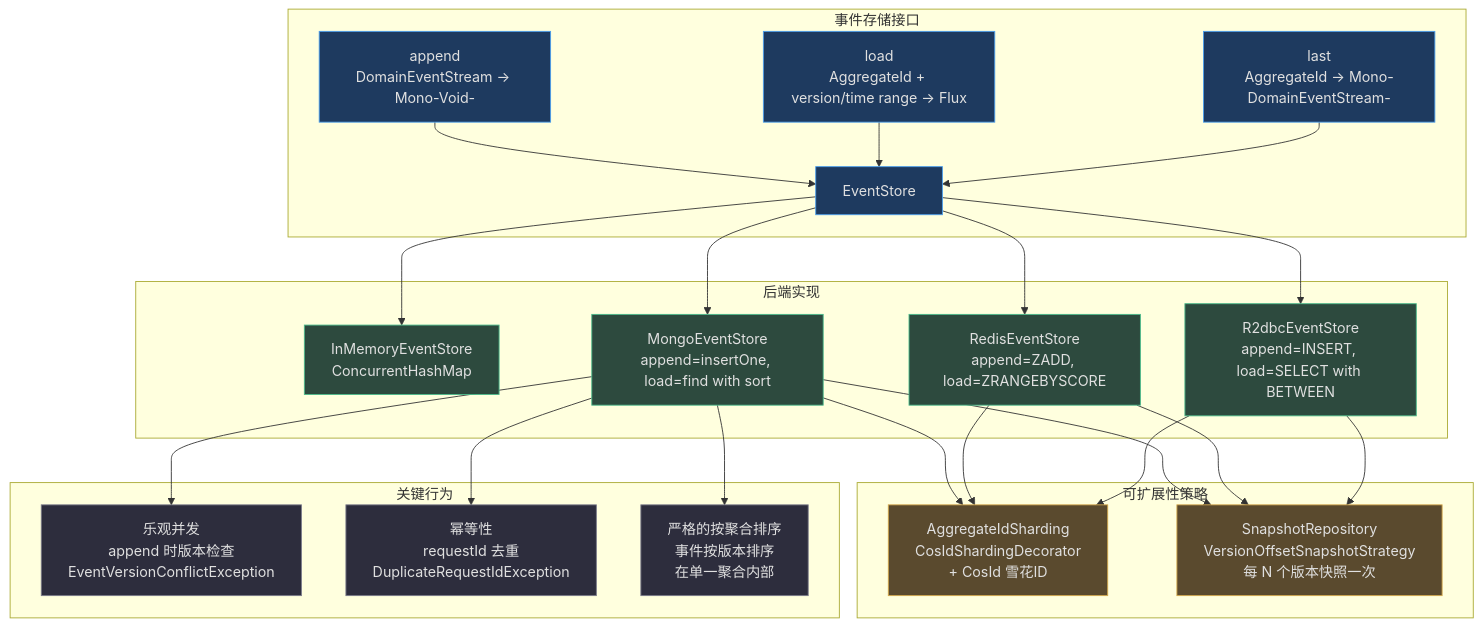
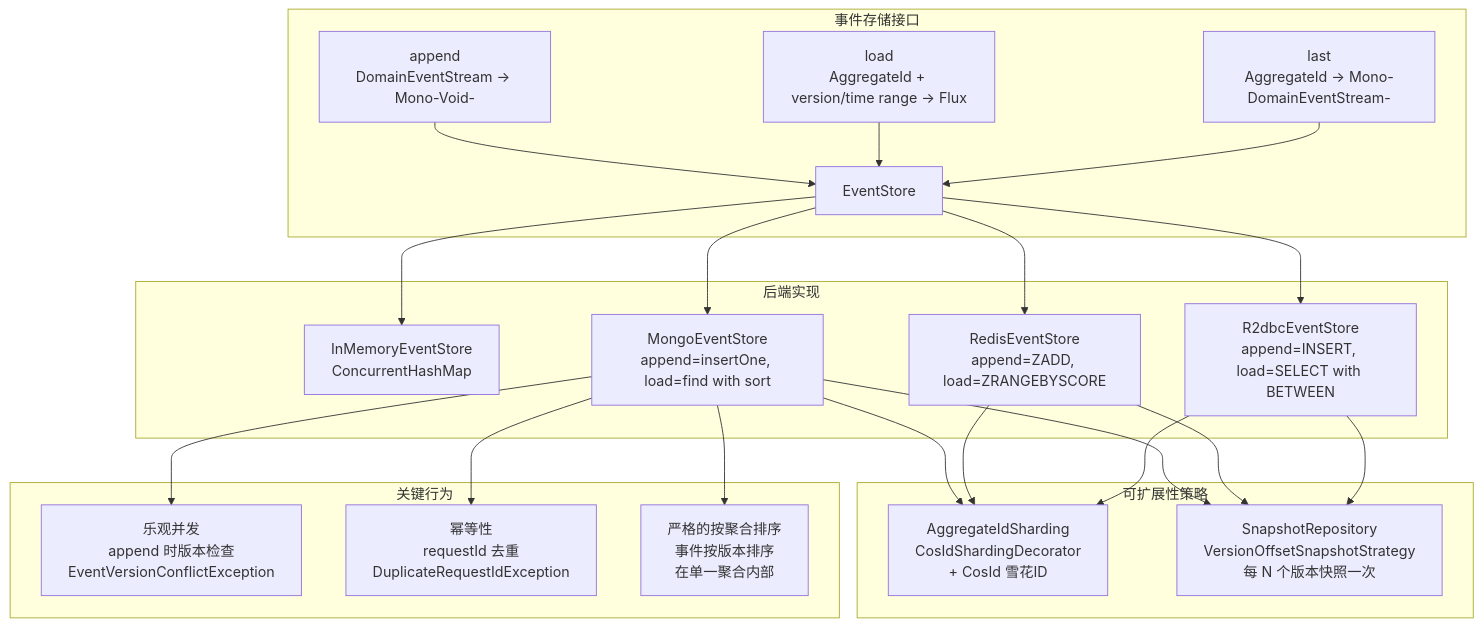
The fourth of 4 diagrams in documentation/docs/zh/onboarding/staff-engineer-guide.md (Ahoo-Wang/Wow), drawn with Mermaid before and after one commit. The commit also changed other lines of this file and 32 other files, not shown here.

Commit message:
docs: remove unsupported style/classDef directives from stateDiagram-v2 Mermaid blocks

````diff
--- a/documentation/docs/zh/onboarding/staff-engineer-guide.md
+++ b/documentation/docs/zh/onboarding/staff-engineer-guide.md
@@ -538,58 +487,45 @@
 ```mermaid
 flowchart TB
     subgraph "事件存储接口"
         ESI[EventStore]
         API_A[append<br>DomainEventStream -> Mono-Void-]
         API_L[load<br>AggregateId + version/time range -> Flux]
         API_S[last<br>AggregateId -> Mono-DomainEventStream-]
     end
 
     subgraph "后端实现"
         IM[InMemoryEventStore<br>ConcurrentHashMap]
         MONGO_ES[MongoEventStore<br>append=insertOne, load=find with sort]
         REDIS_ES[RedisEventStore<br>append=ZADD, load=ZRANGEBYSCORE]
         R2DBC_ES[R2dbcEventStore<br>append=INSERT, load=SELECT with BETWEEN]
     end
 
     subgraph "可扩展性策略"
         SHARD[AggregateIdSharding<br>CosIdShardingDecorator<br>+ CosId 雪花ID]
         SNAP[SnapshotRepository<br>VersionOffsetSnapshotStrategy<br>每 N 个版本快照一次]
     end
 
     subgraph "关键行为"
         OPT[乐观并发<br>append 时版本检查<br>EventVersionConflictException]
         IDEM[幂等性<br>requestId 去重<br>DuplicateRequestIdException]
         ORD[严格的按聚合排序<br>事件按版本排序<br>在单一聚合内部]
     end
 
     API_A --> ESI
     API_L --> ESI
     API_S --> ESI
     ESI --> IM
     ESI --> MONGO_ES
     ESI --> REDIS_ES
     ESI --> R2DBC_ES
     MONGO_ES --> SHARD
     REDIS_ES --> SHARD
     R2DBC_ES --> SHARD
     MONGO_ES --> SNAP
     REDIS_ES --> SNAP
     R2DBC_ES --> SNAP
     MONGO_ES --> OPT
     MONGO_ES --> IDEM
     MONGO_ES --> ORD
 
-    style ESI fill:#1e3a5f,stroke:#4a9eed,color:#e0e0e0
-    style API_A fill:#1e3a5f,stroke:#4a9eed,color:#e0e0e0
-    style API_L fill:#1e3a5f,stroke:#4a9eed,color:#e0e0e0
-    style API_S fill:#1e3a5f,stroke:#4a9eed,color:#e0e0e0
-    style IM fill:#2d4a3e,stroke:#4aba8a,color:#e0e0e0
-    style MONGO_ES fill:#2d4a3e,stroke:#4aba8a,color:#e0e0e0
-    style REDIS_ES fill:#2d4a3e,stroke:#4aba8a,color:#e0e0e0
-    style R2DBC_ES fill:#2d4a3e,stroke:#4aba8a,color:#e0e0e0
-    style SHARD fill:#5a4a2e,stroke:#d4a84b,color:#e0e0e0
-    style SNAP fill:#5a4a2e,stroke:#d4a84b,color:#e0e0e0
-    style OPT fill:#2d2d3d,stroke:#7a7a8a,color:#e0e0e0
-    style IDEM fill:#2d2d3d,stroke:#7a7a8a,color:#e0e0e0
-    style ORD fill:#2d2d3d,stroke:#7a7a8a,color:#e0e0e0
 ```
````
